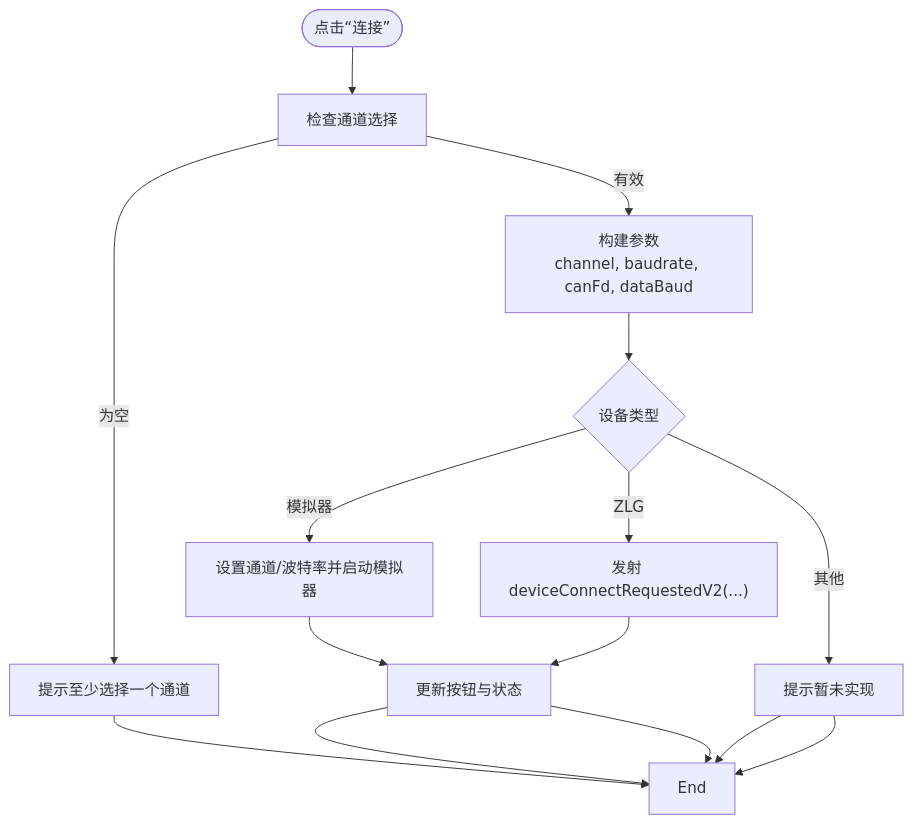
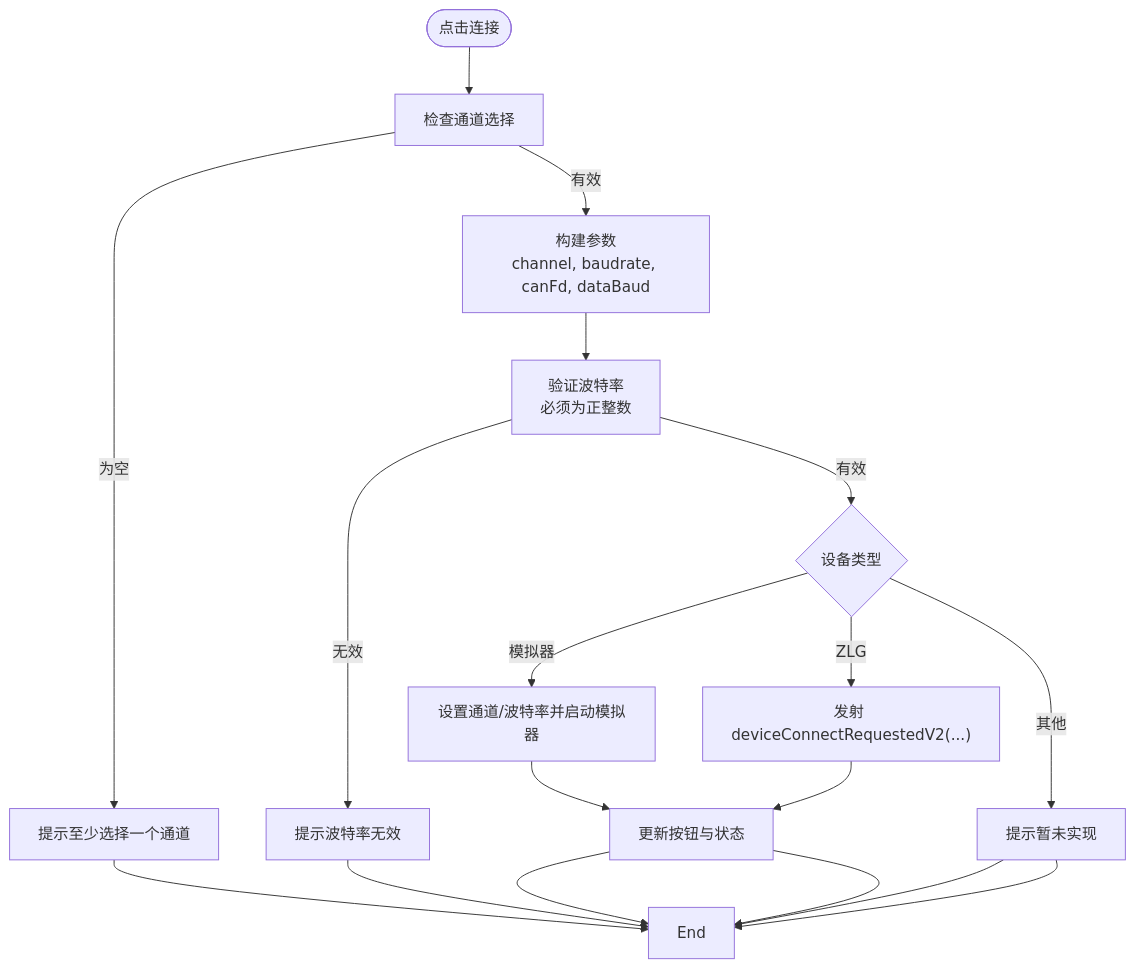
Before and after one commit to jakecai1225-design/OpenBus: the third of 5 diagrams in .qoder/repowiki/zh/content/架构设计/UI系统设计/设备连接界面.md, drawn with Mermaid. The commit also changed other lines of this file and 35 other files, not shown here.

````diff
--- a/.qoder/repowiki/zh/content/架构设计/UI系统设计/设备连接界面.md
+++ b/.qoder/repowiki/zh/content/架构设计/UI系统设计/设备连接界面.md
@@ -160,13 +174,15 @@
 ```mermaid
 flowchart TD
-Start(["点击“连接”"]) --> CheckCh["检查通道选择"]
+Start(["点击"连接""]) --> CheckCh["检查通道选择"]
 CheckCh --> |为空| Warn["提示至少选择一个通道"] --> End
 CheckCh --> |有效| Build["构建参数<br/>channel, baudrate, canFd, dataBaud"]
-Build --> Kind{"设备类型"}
+Build --> Validate["验证波特率<br/>必须为正整数"]
+Validate --> |无效| Error["提示波特率无效"] --> End
+Validate --> |有效| Kind{"设备类型"}
 Kind --> |模拟器| SimStart["设置通道/波特率并启动模拟器"]
 Kind --> |ZLG| EmitV2["发射 deviceConnectRequestedV2(...)"]
 Kind --> |其他| Info["提示暂未实现"] --> End
 SimStart --> UpdateUI["更新按钮与状态"] --> End
 EmitV2 --> UpdateUI --> End
 Info --> End
 ```
````
